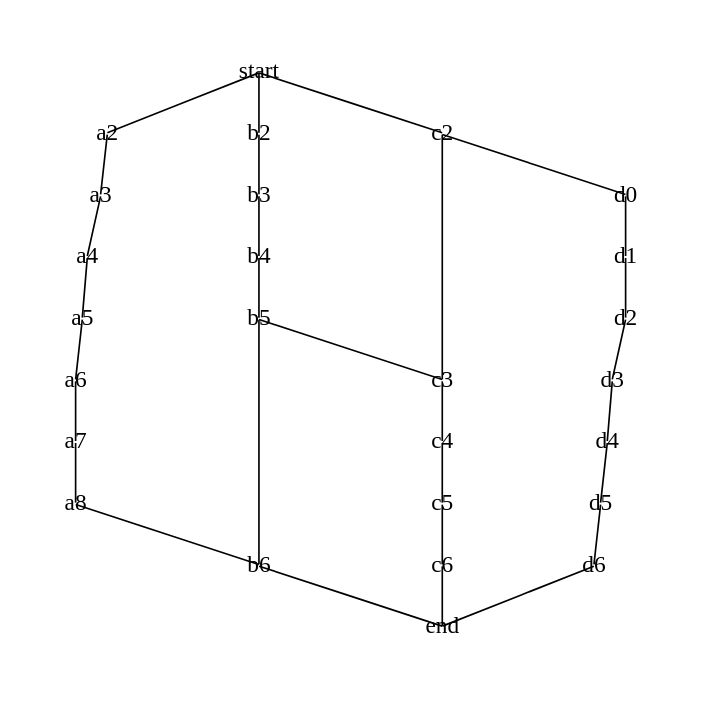
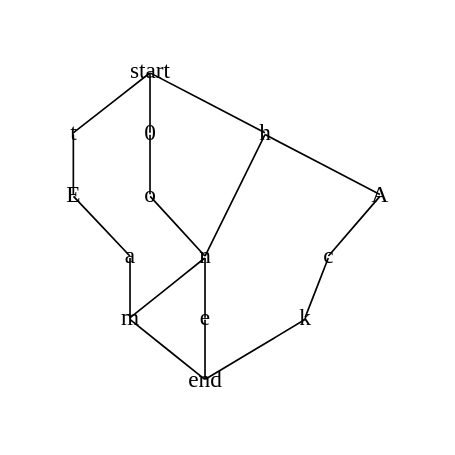
Before and after one commit to MarkusYPA/lem-in: the diagram in viz/graph.gv, drawn with Graphviz. The commit also changed 5 other files, not shown here.

```diff
--- a/viz/graph.gv
+++ b/viz/graph.gv
@@ -1,82 +1,41 @@
 digraph G {
     ratio=1;
     pad=0.5;
     edge [arrowhead=none];
 
     start [shape=box];
     end [shape=box];
 
-    # [fixedsize=true height= 0, width=0 color="transparent"];
-    # [fixedsize=true height= 0, width=0 color="transparent"];
-    # [fixedsize=true height= 0, width=0 color="transparent"];
-    # [fixedsize=true height= 0, width=0 color="transparent"];
-    # [fixedsize=true height= 0, width=0 color="transparent"];
-    # [fixedsize=true height= 0, width=0 color="transparent"];
-    # [fixedsize=true height= 0, width=0 color="transparent"];
-    # [fixedsize=true height= 0, width=0 color="transparent"];
-    # [fixedsize=true height= 0, width=0 color="transparent"];
-    # [fixedsize=true height= 0, width=0 color="transparent"];
-    # [fixedsize=true height= 0, width=0 color="transparent"];
-    # [fixedsize=true height= 0, width=0 color="transparent"];
-    # [fixedsize=true height= 0, width=0 color="transparent"];
     start [fixedsize=true height= 0, width=0 color="transparent"];
-    d0 [fixedsize=true height= 0, width=0 color="transparent"];
-    d1 [fixedsize=true height= 0, width=0 color="transparent"];
-    a2 [fixedsize=true height= 0, width=0 color="transparent"];
-    b2 [fixedsize=true height= 0, width=0 color="transparent"];
-    c2 [fixedsize=true height= 0, width=0 color="transparent"];
-    d2 [fixedsize=true height= 0, width=0 color="transparent"];
-    a3 [fixedsize=true height= 0, width=0 color="transparent"];
-    b3 [fixedsize=true height= 0, width=0 color="transparent"];
-    c3 [fixedsize=true height= 0, width=0 color="transparent"];
-    d3 [fixedsize=true height= 0, width=0 color="transparent"];
-    a4 [fixedsize=true height= 0, width=0 color="transparent"];
-    b4 [fixedsize=true height= 0, width=0 color="transparent"];
-    c4 [fixedsize=true height= 0, width=0 color="transparent"];
-    d4 [fixedsize=true height= 0, width=0 color="transparent"];
-    a5 [fixedsize=true height= 0, width=0 color="transparent"];
-    b5 [fixedsize=true height= 0, width=0 color="transparent"];
-    c5 [fixedsize=true height= 0, width=0 color="transparent"];
-    d5 [fixedsize=true height= 0, width=0 color="transparent"];
-    a6 [fixedsize=true height= 0, width=0 color="transparent"];
-    b6 [fixedsize=true height= 0, width=0 color="transparent"];
-    c6 [fixedsize=true height= 0, width=0 color="transparent"];
-    d6 [fixedsize=true height= 0, width=0 color="transparent"];
-    a7 [fixedsize=true height= 0, width=0 color="transparent"];
-    a8 [fixedsize=true height= 0, width=0 color="transparent"];
+    0 [fixedsize=true height= 0, width=0 color="transparent"];
+    o [fixedsize=true height= 0, width=0 color="transparent"];
+    n [fixedsize=true height= 0, width=0 color="transparent"];
+    e [fixedsize=true height= 0, width=0 color="transparent"];
+    t [fixedsize=true height= 0, width=0 color="transparent"];
+    E [fixedsize=true height= 0, width=0 color="transparent"];
+    a [fixedsize=true height= 0, width=0 color="transparent"];
+    m [fixedsize=true height= 0, width=0 color="transparent"];
+    h [fixedsize=true height= 0, width=0 color="transparent"];
+    A [fixedsize=true height= 0, width=0 color="transparent"];
+    c [fixedsize=true height= 0, width=0 color="transparent"];
+    k [fixedsize=true height= 0, width=0 color="transparent"];
     end [fixedsize=true height= 0, width=0 color="transparent"];
-    # [fixedsize=true height= 0, width=0 color="transparent"];
-    # [fixedsize=true height= 0, width=0 color="transparent"];
-    # [fixedsize=true height= 0, width=0 color="transparent"];
-    # [fixedsize=true height= 0, width=0 color="transparent"];
 
-    start -> a2;
-    start -> b2;
-    start -> c2;
-    b6 -> end;
-    c6 -> end;
-    d6 -> end;
-    a2 -> a3;
-    a3 -> a4;
-    a4 -> a5;
-    a5 -> a6;
-    a6 -> a7;
-    a7 -> a8;
-    b2 -> b3;
-    b3 -> b4;
-    b4 -> b5;
-    b5 -> b6;
-    c2 -> c3;
-    c3 -> c4;
-    c4 -> c5;
-    c5 -> c6;
-    d0 -> d1;
-    d1 -> d2;
-    d2 -> d3;
-    d3 -> d4;
-    d4 -> d5;
-    d5 -> d6;
-    a8 -> b6;
-    b5 -> c3;
-    c2 -> d0;
+    start -> t;
+    n -> e;
+    a -> m;
+    A -> c;
+    0 -> o;
+    E -> a;
+    k -> end;
+    start -> h;
+    o -> n;
+    m -> end;
+    t -> E;
+    start -> 0;
+    h -> A;
+    e -> end;
+    c -> k;
+    n -> m;
+    h -> n;
 }
```
